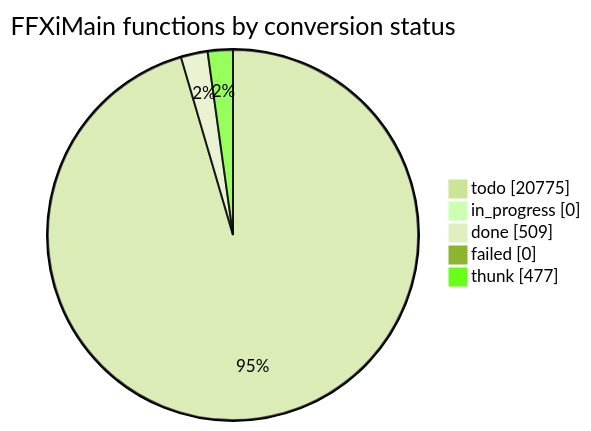
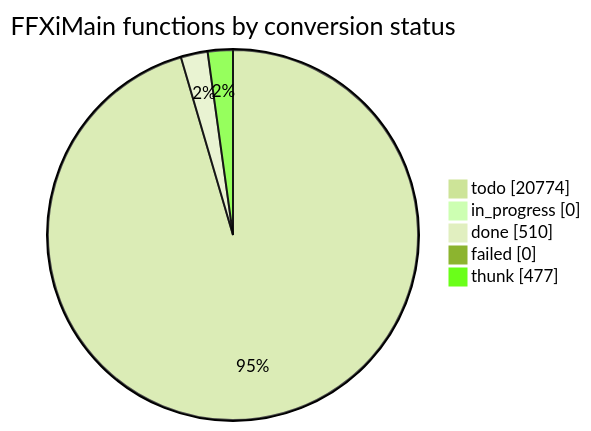
One commit to cowrevenge/cow_kuluu_xi_anything changed the diagram in docs/cow/STATUS.md. Above: the diagram before and after it, drawn with Mermaid (forest theme). The commit also changed other lines of this file and 9 other files, not shown here.

````diff
--- a/docs/cow/STATUS.md
+++ b/docs/cow/STATUS.md
@@ -18,9 +18,9 @@
 ```mermaid
 pie showData
     title FFXiMain functions by conversion status
-    "todo" : 20775
+    "todo" : 20774
     "in_progress" : 0
-    "done" : 509
+    "done" : 510
     "failed" : 0
     "thunk" : 477
 ```
````
